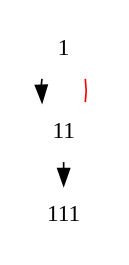
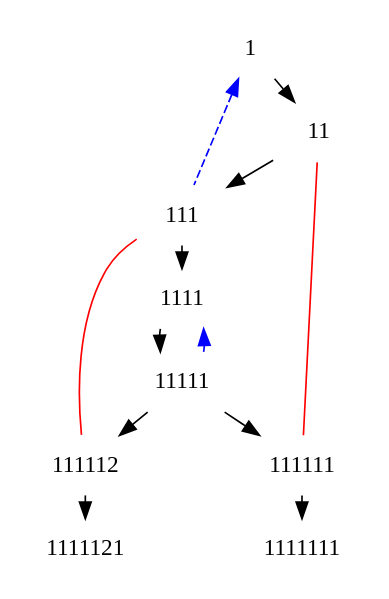
Before and after one commit to pshrey795/Explainable-FOL-Tableau: the diagram in tableau.dot, drawn with Graphviz. The commit also changed 7 other files, not shown here.

```diff
--- a/tableau.dot
+++ b/tableau.dot
@@ -1,19 +1,34 @@
 digraph{
 	nodesep = 0.5;
 	ranksep = 0.20;
 	node [shape=plaintext];
-	1 [texlbl="\underline{$\neg p(c())$ }"];
-	11 [texlbl="\underline{$p(c())$ }"];
-	111 [texlbl="\underline{$\bot$ }"];
+	1 [texlbl="\underline{$\neg p(a()) \vee q(a())$ }"];
+	11 [texlbl="\underline{$\neg p(a())$ }"];
+	111 [texlbl="\underline{$\neg q(a())$ }"];
+	1111 [texlbl="\underline{$\forall x[p(x) \vee q(x)]$ }"];
+	11111 [texlbl="\underline{$p(a()) \vee q(a())$ }"];
+	111111 [texlbl="\underline{$p(a())$ }"];
+	1111111 [texlbl="\underline{$\bot$ }"];
+	111112 [texlbl="\underline{$q(a())$ }"];
+	1111121 [texlbl="\underline{$\bot$ }"];
 	subgraph dir{
 		1 -> 11;
 		11 -> 111;
+		111 -> 1111;
+		1111 -> 11111;
+		11111 -> 111111;
+		11111 -> 111112;
+		111111 -> 1111111;
+		111112 -> 1111121;
 	}
 	subgraph ancestor{
 		edge [dir=back, color=blue style=dashed];
+		1 -> 111;
+		1111 -> 11111;
 	}
 	subgraph undir{
 		edge [dir=none, color=red];
-		11 -> 1;
+		111111 -> 11;
+		111112 -> 111;
 	}
 }
```
